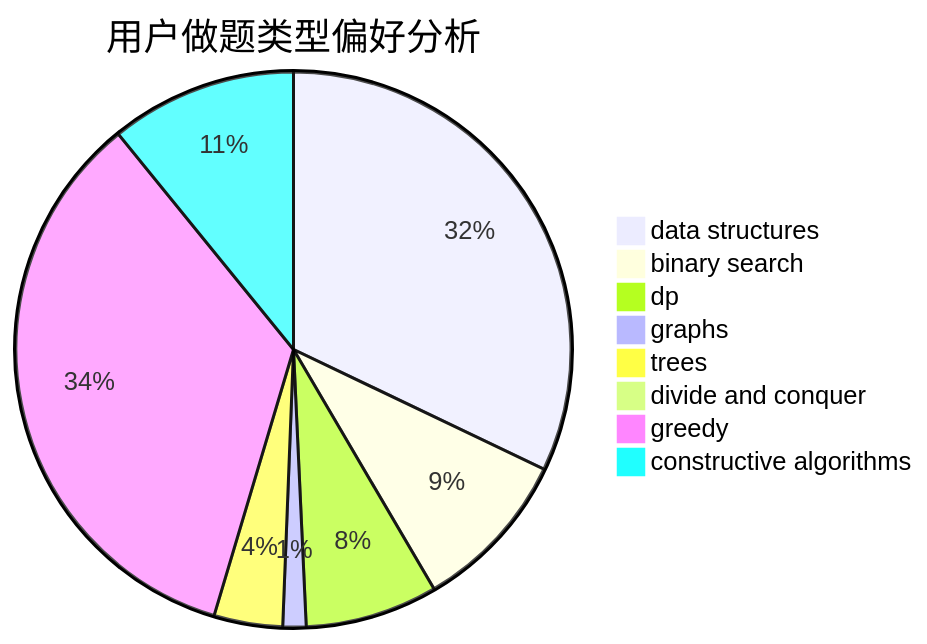
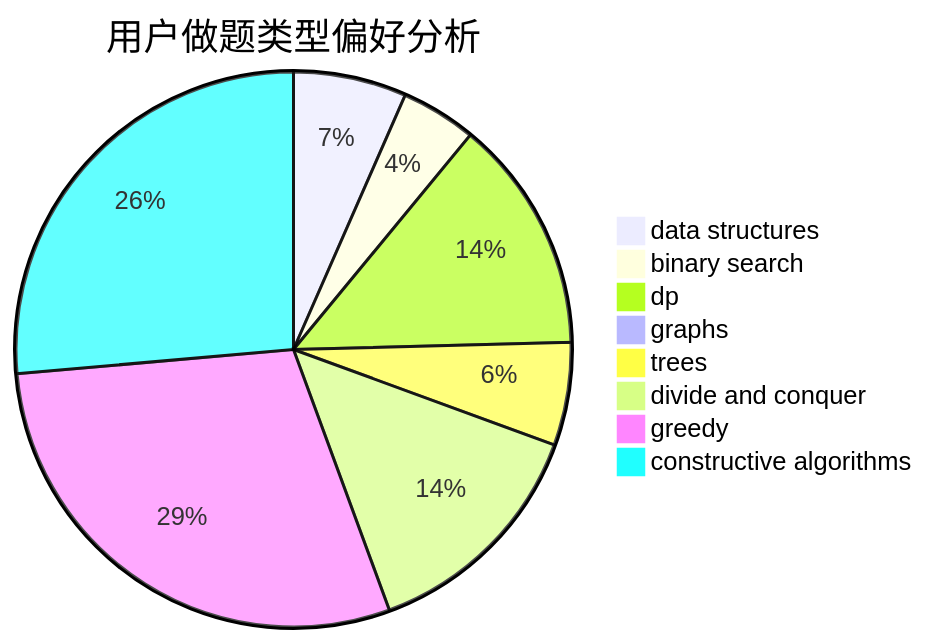
Before and after one commit to sherpahu/cfrs.github.io: the second of 3 diagrams in docs/user/u1986.md, drawn with Mermaid. The commit also changed other lines of this file and 2770 other files, not shown here.

````diff
--- a/docs/user/u1986.md
+++ b/docs/user/u1986.md
@@ -23,11 +23,11 @@
 ```mermaid
 pie title 用户做题类型偏好分析
-    "data structures" :  570
-    "binary search" :  168
-    "dp" :  137
-    "graphs" :  24
-    "trees" :  71
-    "divide and conquer" :  8
-    "greedy" :  613
-    "constructive algorithms" :  193
+    "data structures" :  135
+    "binary search" :  90
+    "dp" :  279
+    "graphs" :  15
+    "trees" :  123
+    "divide and conquer" :  283
+    "greedy" :  599
+    "constructive algorithms" :  541
 ```
````
